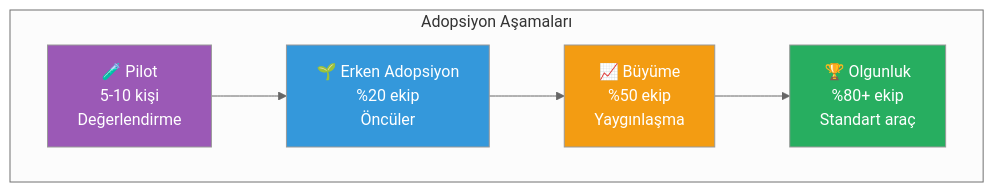
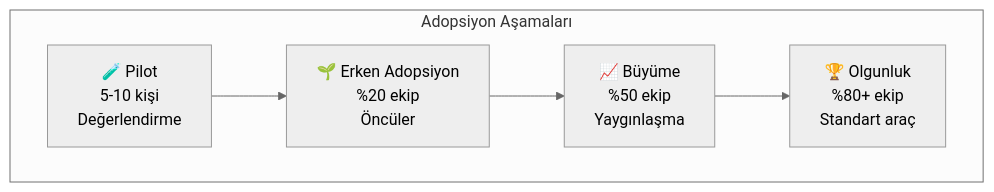
Before and after one commit to IzzetYasinAtes/ClaudeCodeHandbook: the third of 7 diagrams in 18-kurumsal-kullanim/02-analitik-ve-metrikler.md, drawn with Mermaid (neutral theme). The commit also changed other lines of this file and 97 other files, not shown here.

Commit message:
Remove all custom Mermaid style/fill colors from 98 markdown files for consistent dark theme rendering

````diff
--- a/18-kurumsal-kullanim/02-analitik-ve-metrikler.md
+++ b/18-kurumsal-kullanim/02-analitik-ve-metrikler.md
@@ -80,16 +75,12 @@
 ```mermaid
 flowchart TD
     subgraph adoption ["Adopsiyon Aşamaları"]
         PILOT["🧪 Pilot<br/>5-10 kişi<br/>Değerlendirme"]
         EARLY["🌱 Erken Adopsiyon<br/>%20 ekip<br/>Öncüler"]
         GROWTH["📈 Büyüme<br/>%50 ekip<br/>Yaygınlaşma"]
         MATURE["🏆 Olgunluk<br/>%80+ ekip<br/>Standart araç"]
     end
 
     PILOT --> EARLY --> GROWTH --> MATURE
 
-    style PILOT fill:#9B59B6,color:#fff
-    style EARLY fill:#3498DB,color:#fff
-    style GROWTH fill:#F39C12,color:#fff
-    style MATURE fill:#27AE60,color:#fff
 ```
````
